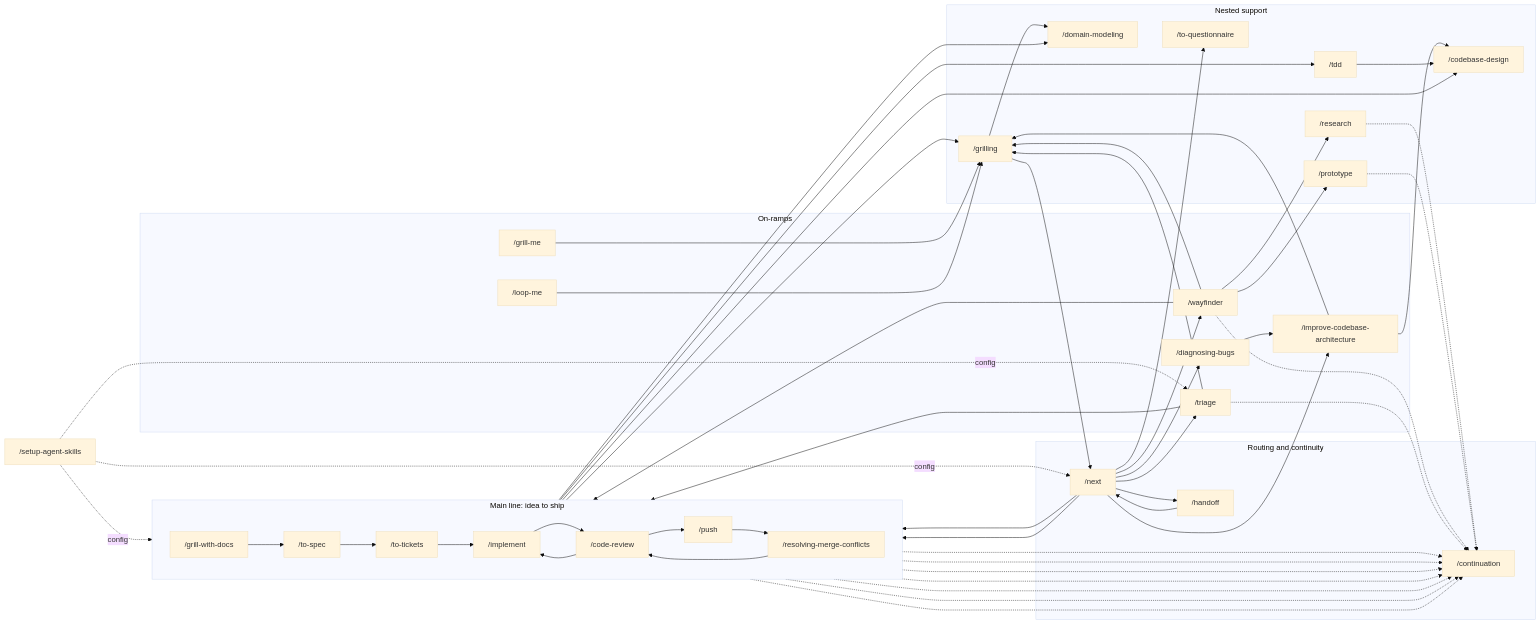
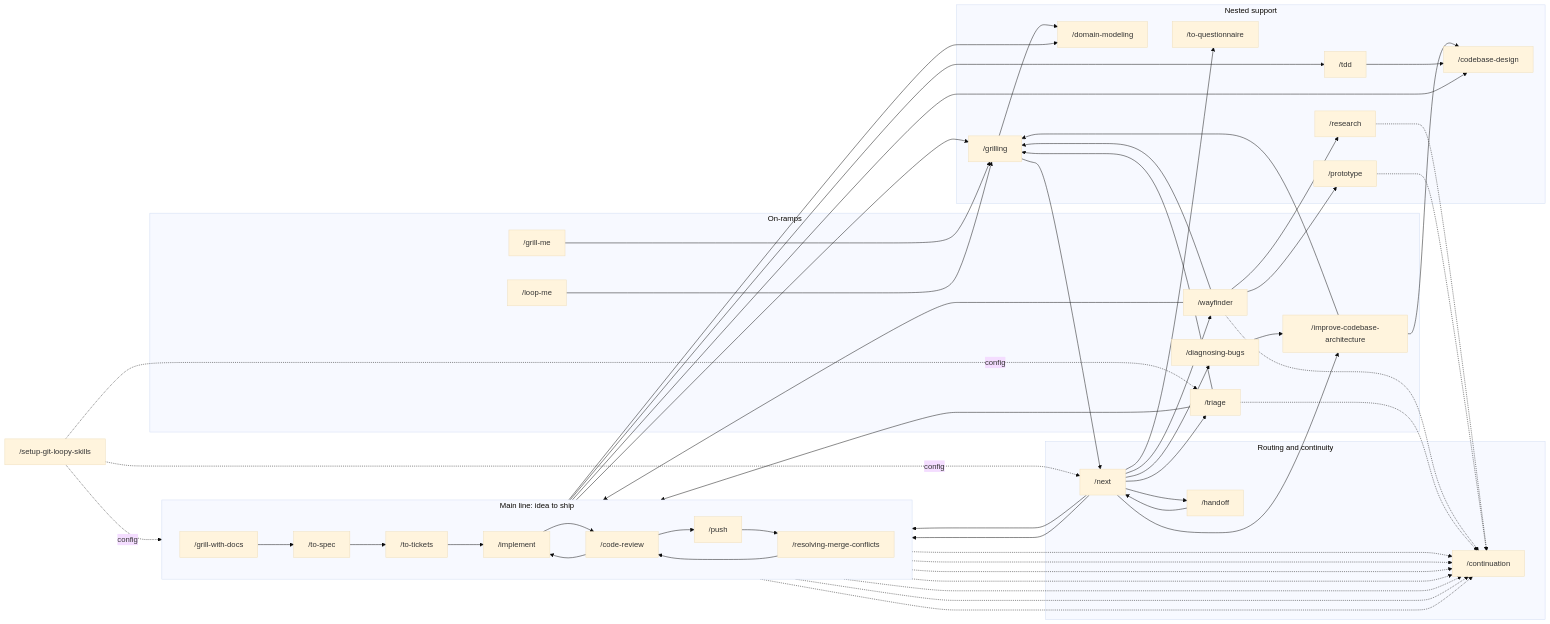
The first of 12 diagrams in docs/skill-connections.md (bradcstevens/git-loopy-skills), drawn with Mermaid (base theme) before and after one commit. The commit also changed other lines of this file and 35 other files, not shown here.

````diff
--- a/docs/skill-connections.md
+++ b/docs/skill-connections.md
@@ -32,6 +32,6 @@
 ```mermaid
 flowchart LR
-    setup["/setup-agent-skills"]
+    setup["/setup-git-loopy-skills"]
 
     subgraph ROUTE["Routing and continuity"]
         next["/next"]
````
